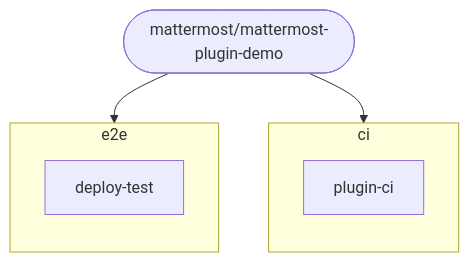
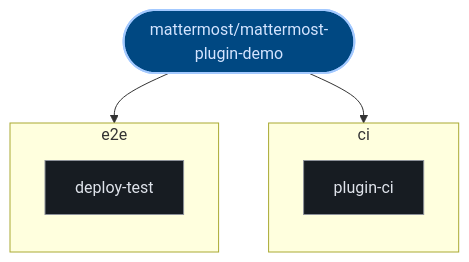
One commit to kumarshaz/atruss-code-atlas changed the second of 2 diagrams in exports/latest/reports/mattermost-mattermost-plugin-demo-report.md. Above: the diagram before and after it, drawn with Mermaid. The commit also changed other lines of this file and 331 other files, not shown here.

Commit message:
docs,ui,fix: update SDLC docs, reorder CI/CD DAG first, stylize Mermaid, and fix Arc42 pipeline topology

````diff
--- a/exports/latest/reports/mattermost-mattermost-plugin-demo-report.md
+++ b/exports/latest/reports/mattermost-mattermost-plugin-demo-report.md
@@ -189,14 +196,21 @@
 ```mermaid
 graph TD;
-  pipeline_root(["mattermost/mattermost-plugin-demo"])
+  classDef atlasRoot fill:#004882,stroke:#a3c9ff,stroke-width:2px,color:#d3e4ff
+  classDef atlasCategory fill:#212428,stroke:#E87A48,stroke-width:1.5px,color:#dfe3eb
+  classDef atlasWorkflow fill:#1b2026,stroke:#a3c9ff,stroke-width:1.5px,color:#dfe3eb
+  classDef atlasJob fill:#171c22,stroke:#8d9199,stroke-width:1px,color:#dfe3eb
+  classDef atlasTarget fill:#005227,stroke:#8bd99b,stroke-width:1.5px,color:#a7f6b6
+  classDef atlasAlert fill:#93000a,stroke:#ffb4ab,stroke-width:1.5px,color:#ffdad6
+  classDef atlasMore fill:#252a31,stroke:#8d9199,stroke-dasharray:4 4,color:#c3c6cf
+  pipeline_root(["mattermost/mattermost-plugin-demo"]):::atlasRoot
   subgraph ci_0["ci"]
     direction TB
-    0_plugin_ci["plugin-ci"]
+    0_plugin_ci["plugin-ci"]:::atlasJob
   end
   pipeline_root --> 0_plugin_ci
   subgraph e2e_1["e2e"]
     direction TB
-    1_deploy_test["deploy-test"]
+    1_deploy_test["deploy-test"]:::atlasJob
   end
   pipeline_root --> 1_deploy_test
 ```
````
